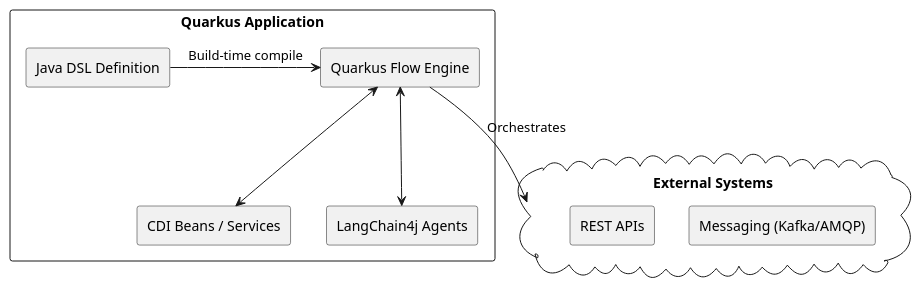
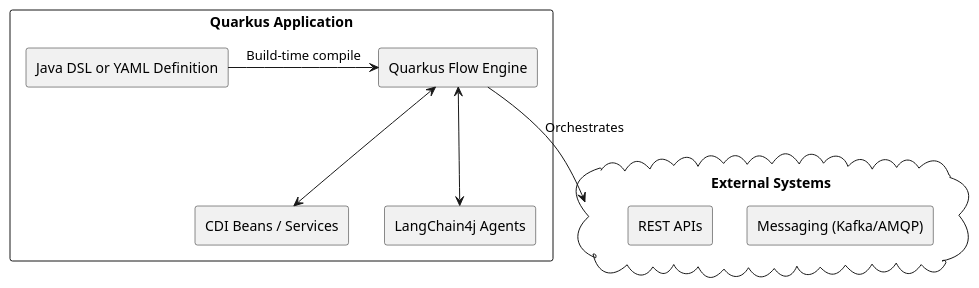
One commit to quarkiverse/quarkus-flow changed the diagram in docs/modules/ROOT/assets/images/architecture.puml. Above: the diagram before and after it, drawn with PlantUML. The commit also changed 6 other files, not shown here.

```diff
--- a/docs/modules/ROOT/assets/images/architecture.puml
+++ b/docs/modules/ROOT/assets/images/architecture.puml
@@ -1,13 +1,13 @@
 @startuml
 skinparam componentStyle rectangle
 component "Quarkus Application" {
-  [Java DSL Definition] -> [Quarkus Flow Engine] : Build-time compile
+  [Java DSL or YAML Definition] -> [Quarkus Flow Engine] : Build-time compile
   [Quarkus Flow Engine] <--> [CDI Beans / Services]
   [Quarkus Flow Engine] <--> [LangChain4j Agents]
 }
 cloud "External Systems" {
   [Messaging (Kafka/AMQP)]
   [REST APIs]
 }
 [Quarkus Flow Engine] --> [External Systems] : Orchestrates
 @enduml
```
